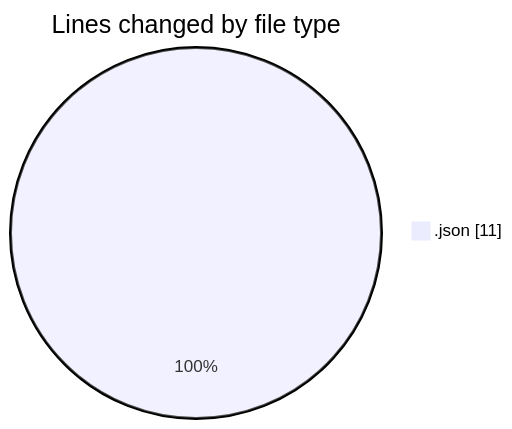
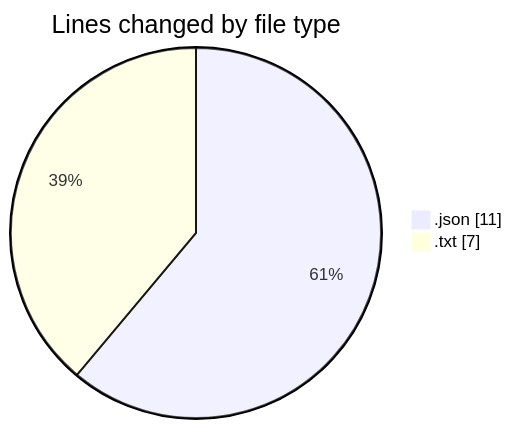
The first of 2 diagrams in 2026-10-15/cilreports__workspace_/README.md (ricardozamudiocil/code-tracking), drawn with Mermaid before and after one commit. The commit also changed other lines of this file and 1 other file, not shown here.

````diff
--- a/2026-10-15/cilreports__workspace_/README.md
+++ b/2026-10-15/cilreports__workspace_/README.md
@@ -20,5 +21,6 @@
 ```mermaid
 pie showData
 title Lines changed by file type
 ".json" : 11
+".txt" : 7
 ```
````
